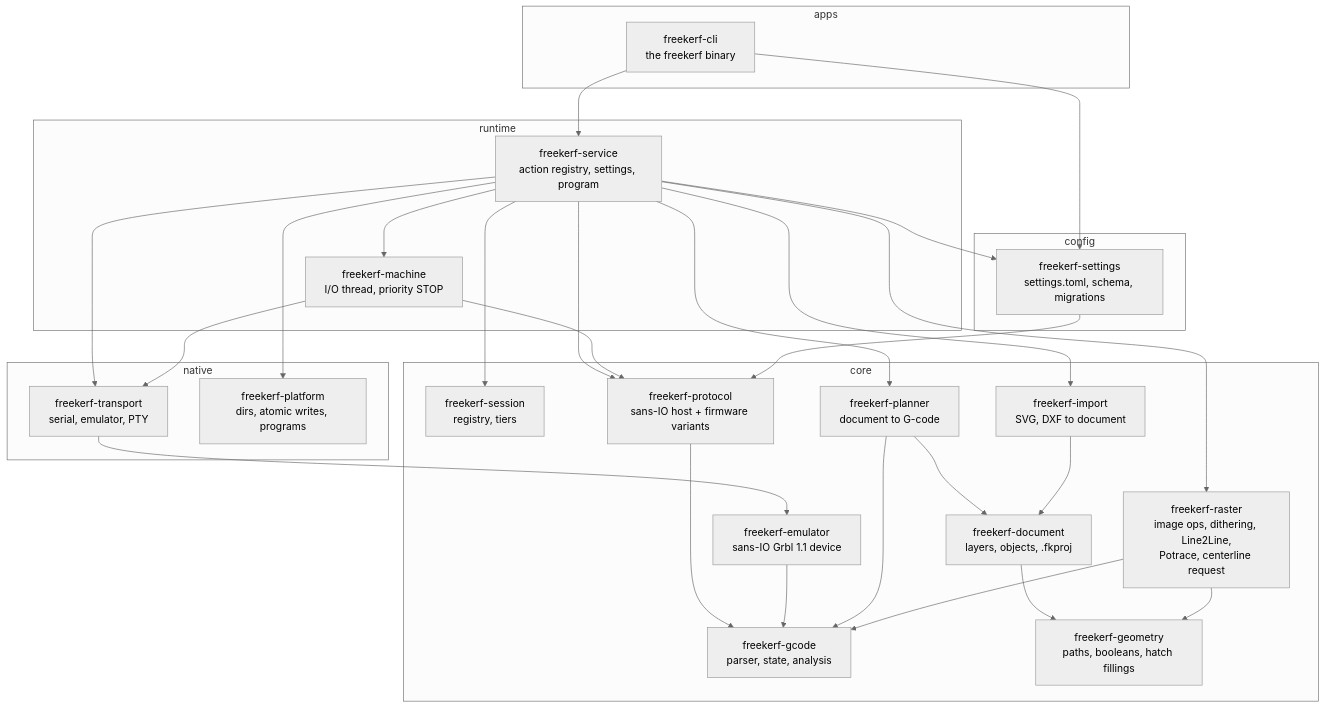
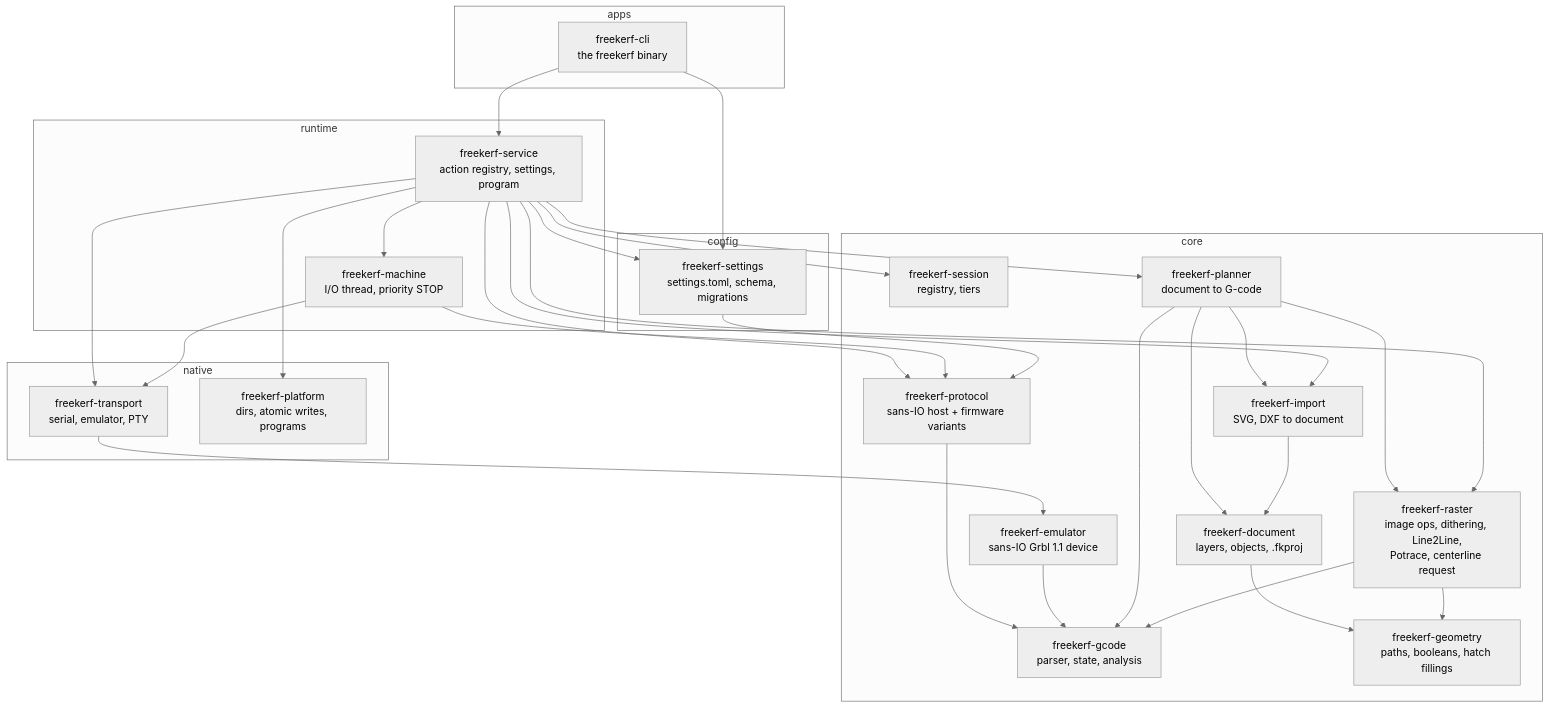
One commit to bochpsico-lang/freekerf changed the first of 2 diagrams in doc/architecture.md. Above: the diagram before and after it, drawn with Mermaid (neutral theme). The commit also changed 41 other files, not shown here.

````diff
--- a/doc/architecture.md
+++ b/doc/architecture.md
@@ -9,51 +9,53 @@
 ```mermaid
 flowchart TB
   subgraph apps
     cli[freekerf-cli<br/>the freekerf binary]
   end
   subgraph runtime
     service[freekerf-service<br/>action registry, settings, program]
     machine[freekerf-machine<br/>I/O thread, priority STOP]
   end
   subgraph native
     transport[freekerf-transport<br/>serial, emulator, PTY]
     platform[freekerf-platform<br/>dirs, atomic writes, programs]
   end
   subgraph config
     settings[freekerf-settings<br/>settings.toml, schema, migrations]
   end
   subgraph core
     session[freekerf-session<br/>registry, tiers]
     protocol[freekerf-protocol<br/>sans-IO host + firmware variants]
     gcode[freekerf-gcode<br/>parser, state, analysis]
     emulator[freekerf-emulator<br/>sans-IO Grbl 1.1 device]
     geometry[freekerf-geometry<br/>paths, booleans, hatch fillings]
     document[freekerf-document<br/>layers, objects, .fkproj]
     planner[freekerf-planner<br/>document to G-code]
     import[freekerf-import<br/>SVG, DXF to document]
     raster[freekerf-raster<br/>image ops, dithering, Line2Line,<br/>Potrace, centerline request]
   end
   cli --> service
   cli --> settings
   service --> machine
   service --> transport
   service --> platform
   service --> settings
   service --> session
   service --> protocol
   machine --> protocol
   machine --> transport
   transport --> emulator
   settings --> protocol
   protocol --> gcode
   emulator --> gcode
   document --> geometry
   planner --> document
   planner --> gcode
+  planner --> raster
+  planner --> import
   service --> planner
   service --> import
   import --> document
   raster --> gcode
   raster --> geometry
   service --> raster
 ```
````
